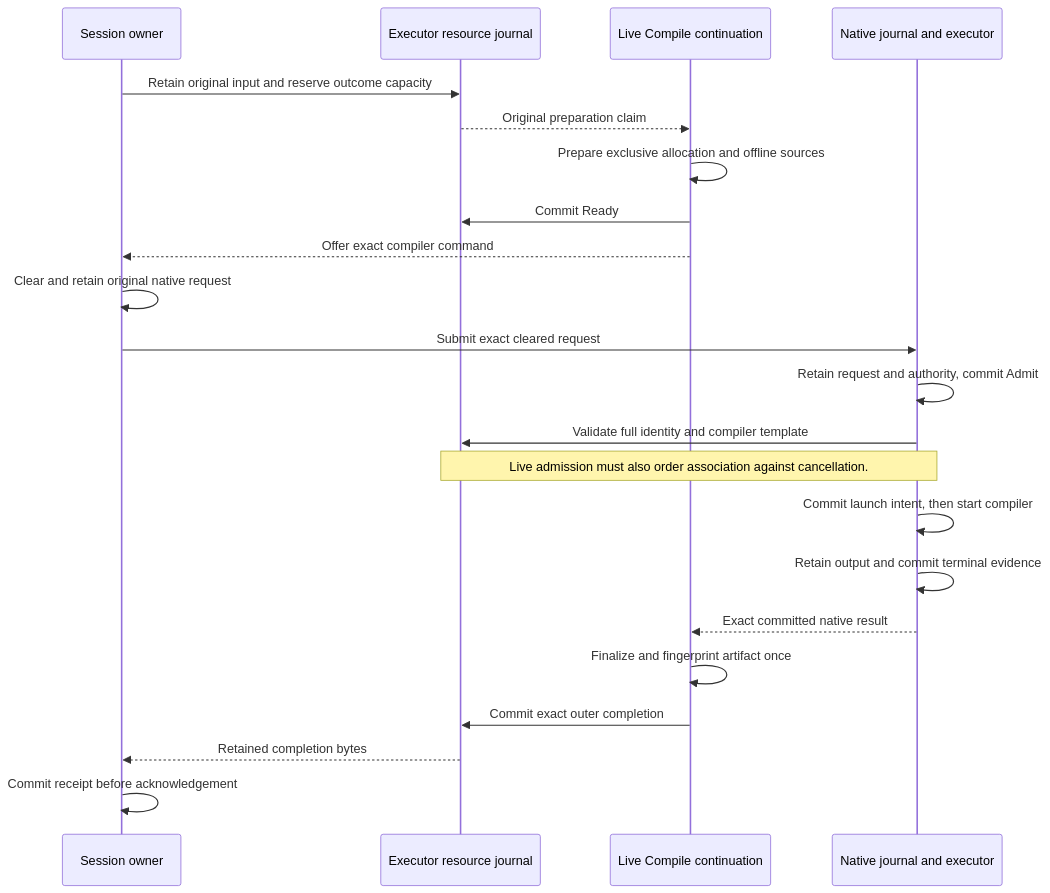
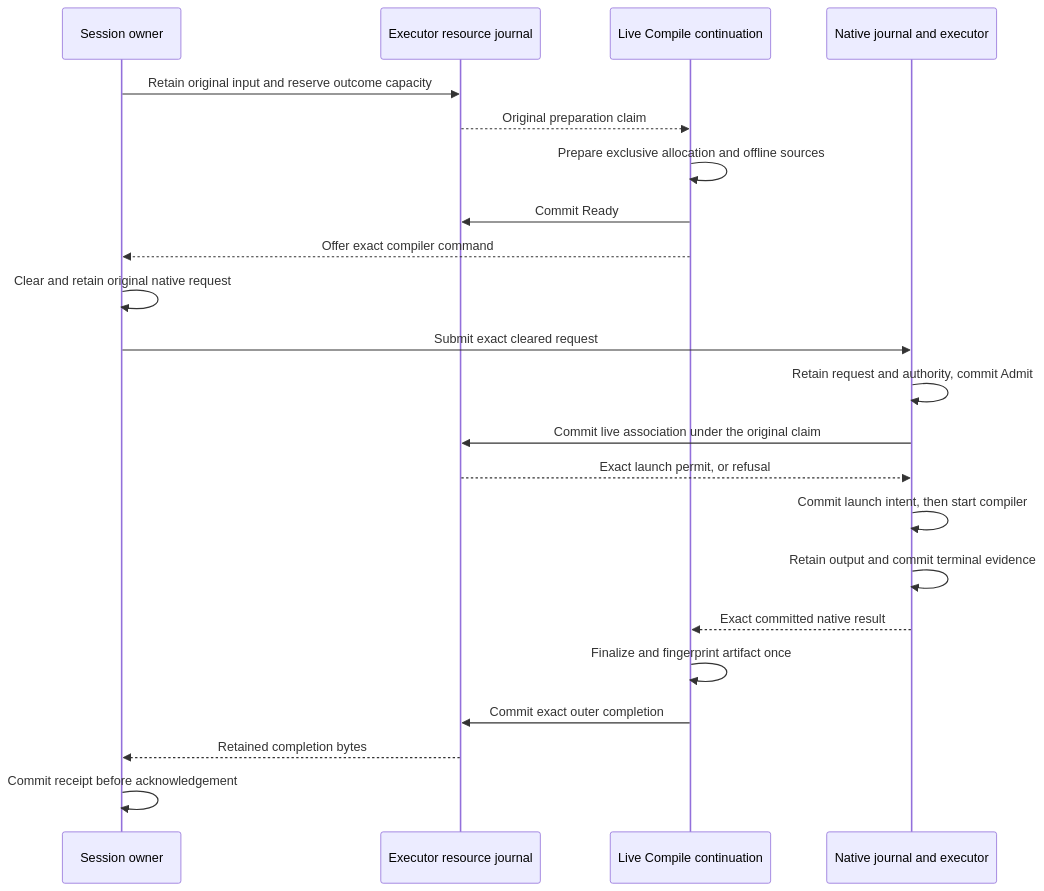
One commit to Roasbeef/loom changed the diagram in docs/architecture/remote-compilation.md. Above: the diagram before and after it, drawn with Mermaid. The commit also changed other lines of this file and 3 other files, not shown here.

First line of the commit message:
docs: specify live compile admission ordering

````diff
--- a/docs/architecture/remote-compilation.md
+++ b/docs/architecture/remote-compilation.md
@@ -55,24 +55,24 @@
 ```mermaid
 sequenceDiagram
     participant Owner as Session owner
     participant Resource as Executor resource journal
     participant Compile as Live Compile continuation
     participant Native as Native journal and executor
     Owner->>Resource: Retain original input and reserve outcome capacity
     Resource-->>Compile: Original preparation claim
     Compile->>Compile: Prepare exclusive allocation and offline sources
     Compile->>Resource: Commit Ready
     Compile-->>Owner: Offer exact compiler command
     Owner->>Owner: Clear and retain original native request
     Owner->>Native: Submit exact cleared request
     Native->>Native: Retain request and authority, commit Admit
-    Native->>Resource: Validate full identity and compiler template
-    Note over Resource,Native: Live admission must also order association against cancellation.
+    Native->>Resource: Commit live association under the original claim
+    Resource-->>Native: Exact launch permit, or refusal
     Native->>Native: Commit launch intent, then start compiler
     Native->>Native: Retain output and commit terminal evidence
     Native-->>Compile: Exact committed native result
     Compile->>Compile: Finalize and fingerprint artifact once
     Compile->>Resource: Commit exact outer completion
     Resource-->>Owner: Retained completion bytes
     Owner->>Owner: Commit receipt before acknowledgement
 ```
````
